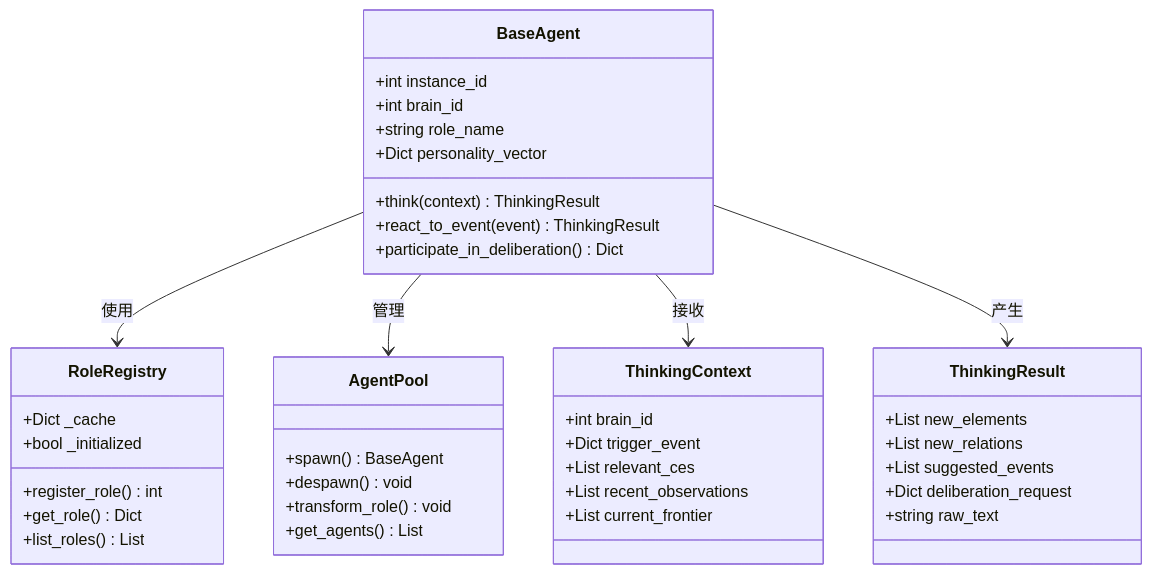
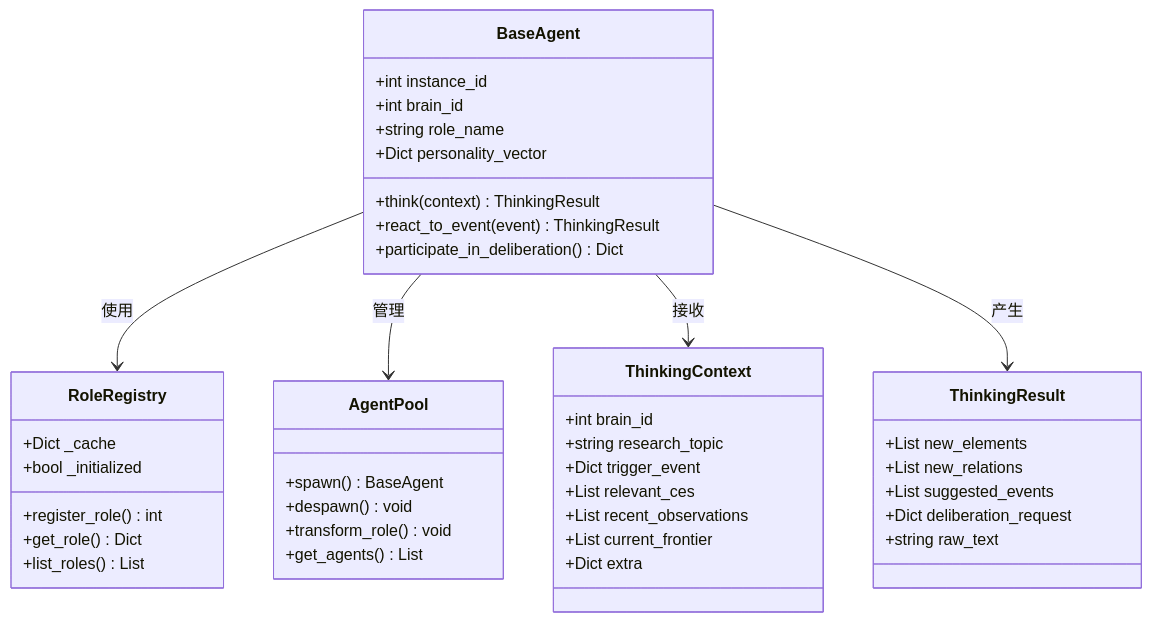
Before and after one commit to GDY-ai/ainstein: the second of 15 diagrams in .qoder/repowiki/zh/content/系统架构/AI代理架构/AI代理框架.md, drawn with Mermaid. The commit also changed other lines of this file and 47 other files, not shown here.

````diff
--- a/.qoder/repowiki/zh/content/系统架构/AI代理架构/AI代理框架.md
+++ b/.qoder/repowiki/zh/content/系统架构/AI代理架构/AI代理框架.md
@@ -123,43 +131,45 @@
 ```mermaid
 classDiagram
 class BaseAgent {
 +int instance_id
 +int brain_id
 +string role_name
 +Dict personality_vector
 +think(context) ThinkingResult
 +react_to_event(event) ThinkingResult
 +participate_in_deliberation() Dict
 }
 class RoleRegistry {
 +Dict _cache
 +bool _initialized
 +register_role() int
 +get_role() Dict
 +list_roles() List
 }
 class AgentPool {
 +spawn() BaseAgent
 +despawn() void
 +transform_role() void
 +get_agents() List
 }
 class ThinkingContext {
 +int brain_id
++string research_topic
 +Dict trigger_event
 +List relevant_ces
 +List recent_observations
 +List current_frontier
++Dict extra
 }
 class ThinkingResult {
 +List new_elements
 +List new_relations
 +List suggested_events
 +Dict deliberation_request
 +string raw_text
 }
 BaseAgent --> RoleRegistry : 使用
 BaseAgent --> AgentPool : 管理
 BaseAgent --> ThinkingContext : 接收
 BaseAgent --> ThinkingResult : 产生
 ```
````
